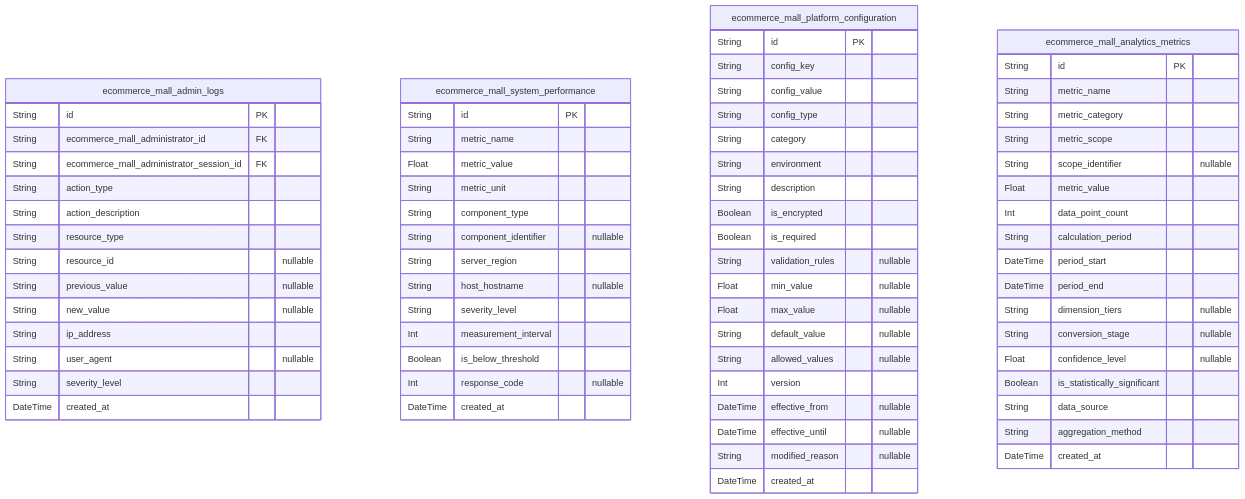
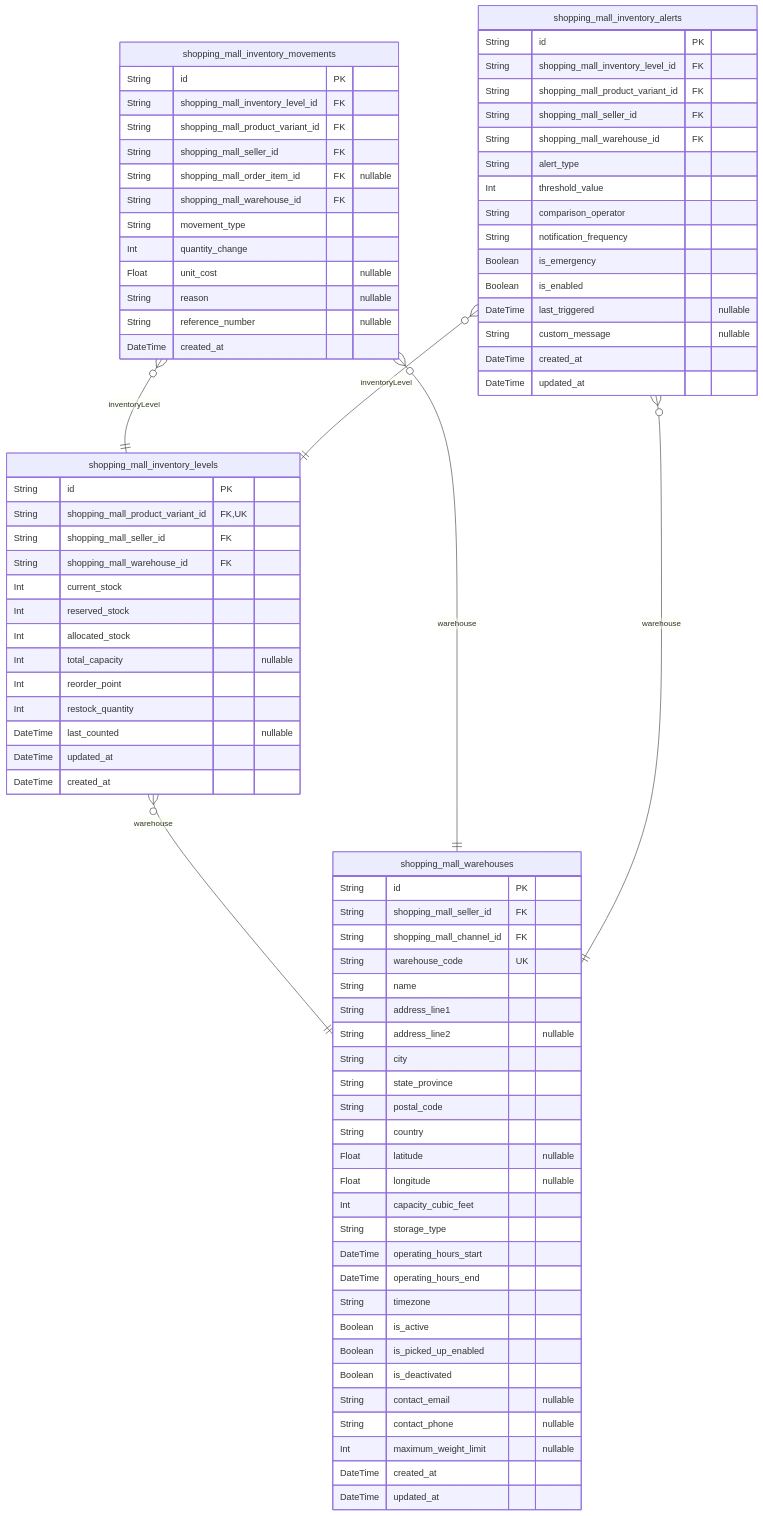
Before and after one commit to wrtnlabs/autobe-examples: diagram 12 of 12 in moonshotai/kimi-k2-0905-exacto/shopping/docs/ERD.md, drawn with Mermaid. The commit also changed other lines of this file and 7173 other files, not shown here.

````diff
--- a/moonshotai/kimi-k2-0905-exacto/shopping/docs/ERD.md
+++ b/moonshotai/kimi-k2-0905-exacto/shopping/docs/ERD.md
@@ -2947,73 +4086,82 @@
 ```mermaid
 erDiagram
-"ecommerce_mall_admin_logs" {
+"shopping_mall_inventory_levels" {
   String id PK
-  String ecommerce_mall_administrator_id FK
-  String ecommerce_mall_administrator_session_id FK
-  String action_type
-  String action_description
-  String resource_type
-  String resource_id "nullable"
-  String previous_value "nullable"
-  String new_value "nullable"
-  String ip_address
-  String user_agent "nullable"
-  String severity_level
+  String shopping_mall_product_variant_id FK,UK
+  String shopping_mall_seller_id FK
+  String shopping_mall_warehouse_id FK
+  Int current_stock
+  Int reserved_stock
+  Int allocated_stock
+  Int total_capacity "nullable"
+  Int reorder_point
+  Int restock_quantity
+  DateTime last_counted "nullable"
+  DateTime updated_at
   DateTime created_at
 }
-"ecommerce_mall_system_performance" {
+"shopping_mall_inventory_movements" {
   String id PK
-  String metric_name
-  Float metric_value
-  String metric_unit
-  String component_type
-  String component_identifier "nullable"
-  String server_region
-  String host_hostname "nullable"
-  String severity_level
-  Int measurement_interval
-  Boolean is_below_threshold
-  Int response_code "nullable"
+  String shopping_mall_inventory_level_id FK
+  String shopping_mall_product_variant_id FK
+  String shopping_mall_seller_id FK
+  String shopping_mall_order_item_id FK "nullable"
+  String shopping_mall_warehouse_id FK
+  String movement_type
+  Int quantity_change
+  Float unit_cost "nullable"
+  String reason "nullable"
+  String reference_number "nullable"
   DateTime created_at
 }
-"ecommerce_mall_platform_configuration" {
+"shopping_mall_inventory_alerts" {
   String id PK
-  String config_key
-  String config_value
-  String config_type
-  String category
-  String environment
-  String description
-  Boolean is_encrypted
-  Boolean is_required
-  String validation_rules "nullable"
-  Float min_value "nullable"
-  Float max_value "nullable"
-  String default_value "nullable"
-  String allowed_values "nullable"
-  Int version
-  DateTime effective_from "nullable"
-  DateTime effective_until "nullable"
-  String modified_reason "nullable"
+  String shopping_mall_inventory_level_id FK
+  String shopping_mall_product_variant_id FK
+  String shopping_mall_seller_id FK
+  String shopping_mall_warehouse_id FK
+  String alert_type
+  Int threshold_value
+  String comparison_operator
+  String notification_frequency
+  Boolean is_emergency
+  Boolean is_enabled
+  DateTime last_triggered "nullable"
+  String custom_message "nullable"
   DateTime created_at
+  DateTime updated_at
 }
-"ecommerce_mall_analytics_metrics" {
+"shopping_mall_warehouses" {
   String id PK
-  String metric_name
-  String metric_category
-  String metric_scope
-  String scope_identifier "nullable"
-  Float metric_value
-  Int data_point_count
-  String calculation_period
-  DateTime period_start
-  DateTime period_end
-  String dimension_tiers "nullable"
-  String conversion_stage "nullable"
-  Float confidence_level "nullable"
-  Boolean is_statistically_significant
-  String data_source
-  String aggregation_method
+  String shopping_mall_seller_id FK
+  String shopping_mall_channel_id FK
+  String warehouse_code UK
+  String name
+  String address_line1
+  String address_line2 "nullable"
+  String city
+  String state_province
+  String postal_code
+  String country
+  Float latitude "nullable"
+  Float longitude "nullable"
+  Int capacity_cubic_feet
+  String storage_type
+  DateTime operating_hours_start
+  DateTime operating_hours_end
+  String timezone
+  Boolean is_active
+  Boolean is_picked_up_enabled
+  Boolean is_deactivated
+  String contact_email "nullable"
+  String contact_phone "nullable"
+  Int maximum_weight_limit "nullable"
   DateTime created_at
+  DateTime updated_at
 }
+"shopping_mall_inventory_levels" }o--|| "shopping_mall_warehouses" : warehouse
+"shopping_mall_inventory_movements" }o--|| "shopping_mall_inventory_levels" : inventoryLevel
+"shopping_mall_inventory_movements" }o--|| "shopping_mall_warehouses" : warehouse
+"shopping_mall_inventory_alerts" }o--|| "shopping_mall_inventory_levels" : inventoryLevel
+"shopping_mall_inventory_alerts" }o--|| "shopping_mall_warehouses" : warehouse
 ```
````
